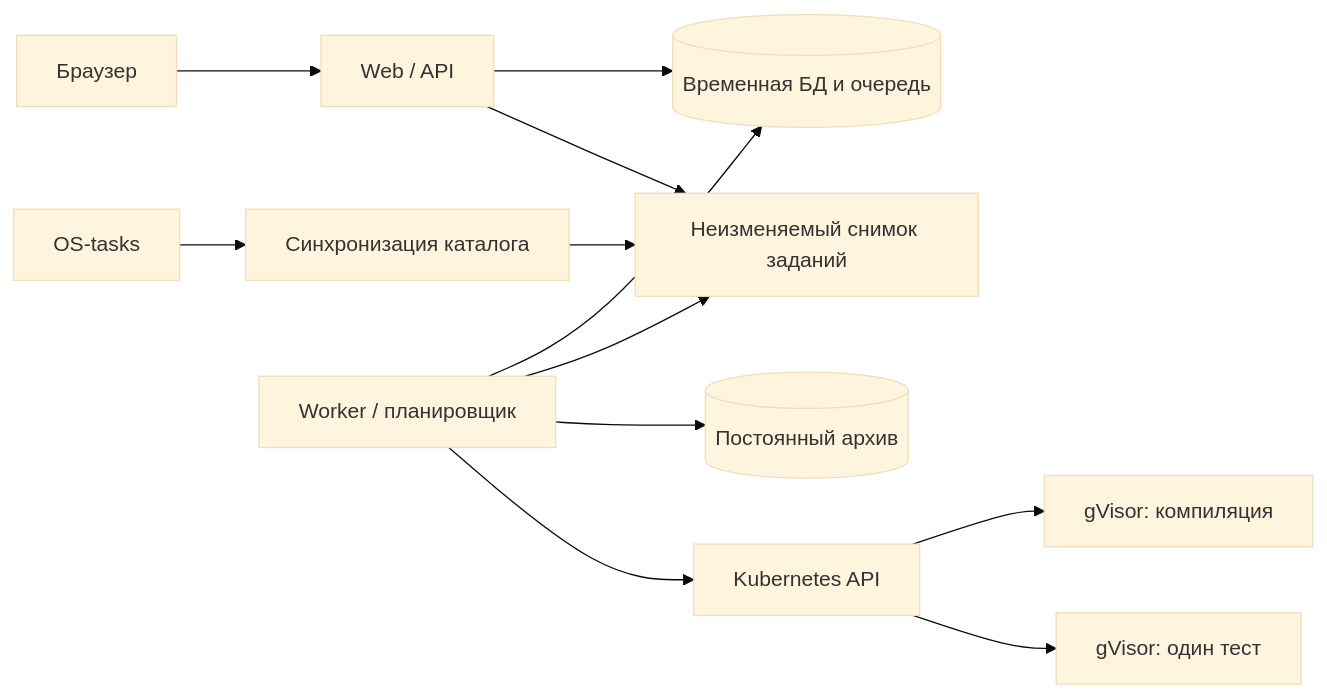
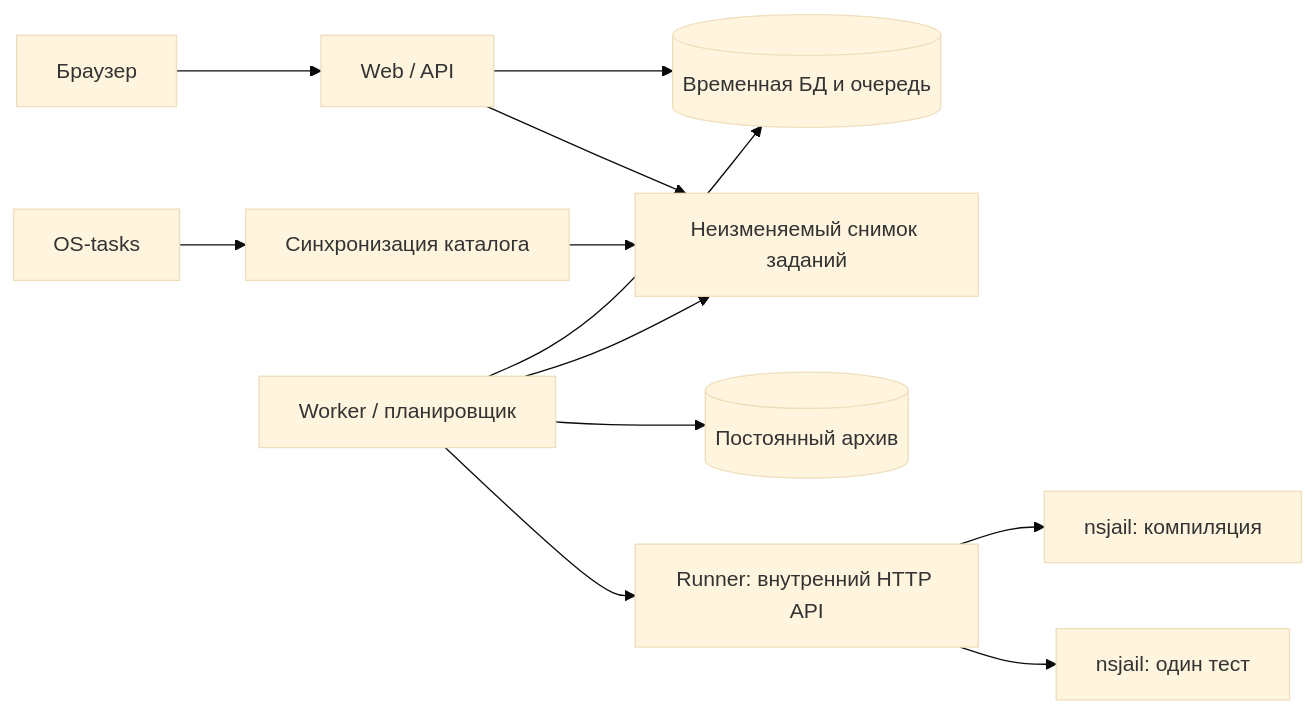
One commit to kr0sh512/OS-sol-checker changed the diagram in docs/architecture.md. Above: the diagram before and after it, drawn with Mermaid (base theme). The commit also changed other lines of this file and 34 other files, not shown here.

Commit message:
docs: replace Kubernetes plan with Compose + nsjail

````diff
--- a/docs/architecture.md
+++ b/docs/architecture.md
@@ -15,14 +15,14 @@
 ```mermaid
 flowchart LR
     Browser[Браузер] --> Web[Web / API]
     Web --> Transient[(Временная БД и очередь)]
     Git[OS-tasks] --> Sync[Синхронизация каталога]
     Sync --> Catalog[Неизменяемый снимок заданий]
     Web --> Catalog
     Worker[Worker / планировщик] --> Transient
     Worker --> Catalog
     Worker --> Archive[(Постоянный архив)]
-    Worker --> Kube[Kubernetes API]
-    Kube --> Compile[gVisor: компиляция]
-    Kube --> Run[gVisor: один тест]
+    Worker --> Runner[Runner: внутренний HTTP API]
+    Runner --> Compile[nsjail: компиляция]
+    Runner --> Run[nsjail: один тест]
 ```
````
